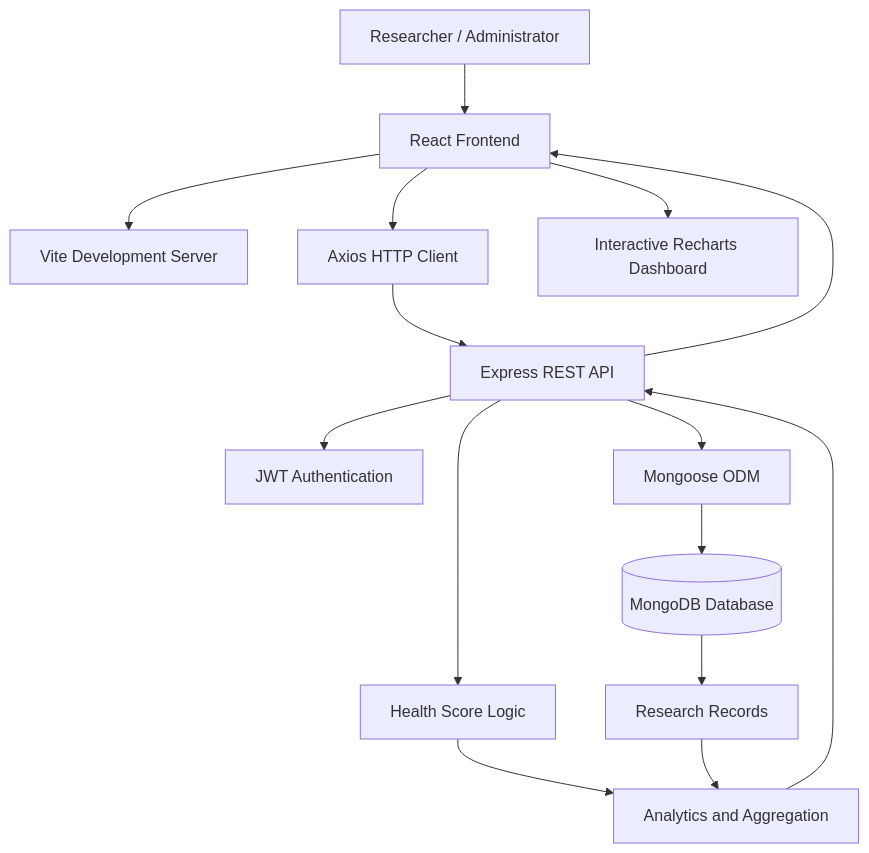
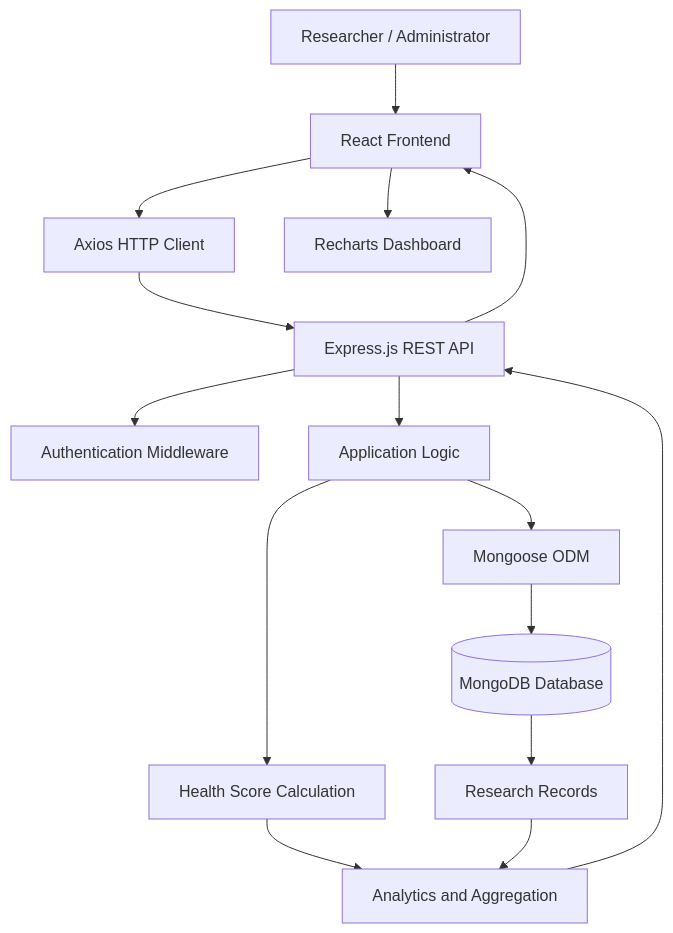
The diagram in README.md (kommareddydinesh/Pediatric-Health-Research-System), drawn with Mermaid before and after one commit. The commit also changed other lines of this file, not shown here.

````diff
--- a/README.md
+++ b/README.md
@@ -94,17 +109,17 @@
 ```mermaid
 flowchart TD
-    A[Researcher / Administrator] --> B[React Frontend]
-    B --> C[Vite Development Server]
-    B --> D[Axios HTTP Client]
-    D --> E[Express REST API]
-    E --> F[JWT Authentication]
-    E --> G[Mongoose ODM]
-    G --> H[(MongoDB Database)]
-    E --> I[Health Score Logic]
-    H --> J[Research Records]
-    I --> K[Analytics and Aggregation]
+    A["Researcher / Administrator"] --> B["React Frontend"]
+    B --> C["Axios HTTP Client"]
+    C --> D["Express.js REST API"]
+    D --> E["Authentication Middleware"]
+    D --> F["Application Logic"]
+    F --> G["Mongoose ODM"]
+    G --> H[("MongoDB Database")]
+    F --> I["Health Score Calculation"]
+    H --> J["Research Records"]
+    I --> K["Analytics and Aggregation"]
     J --> K
-    K --> E
-    E --> B
-    B --> L[Interactive Recharts Dashboard]
+    K --> D
+    D --> B
+    B --> L["Recharts Dashboard"]
 ```
````
